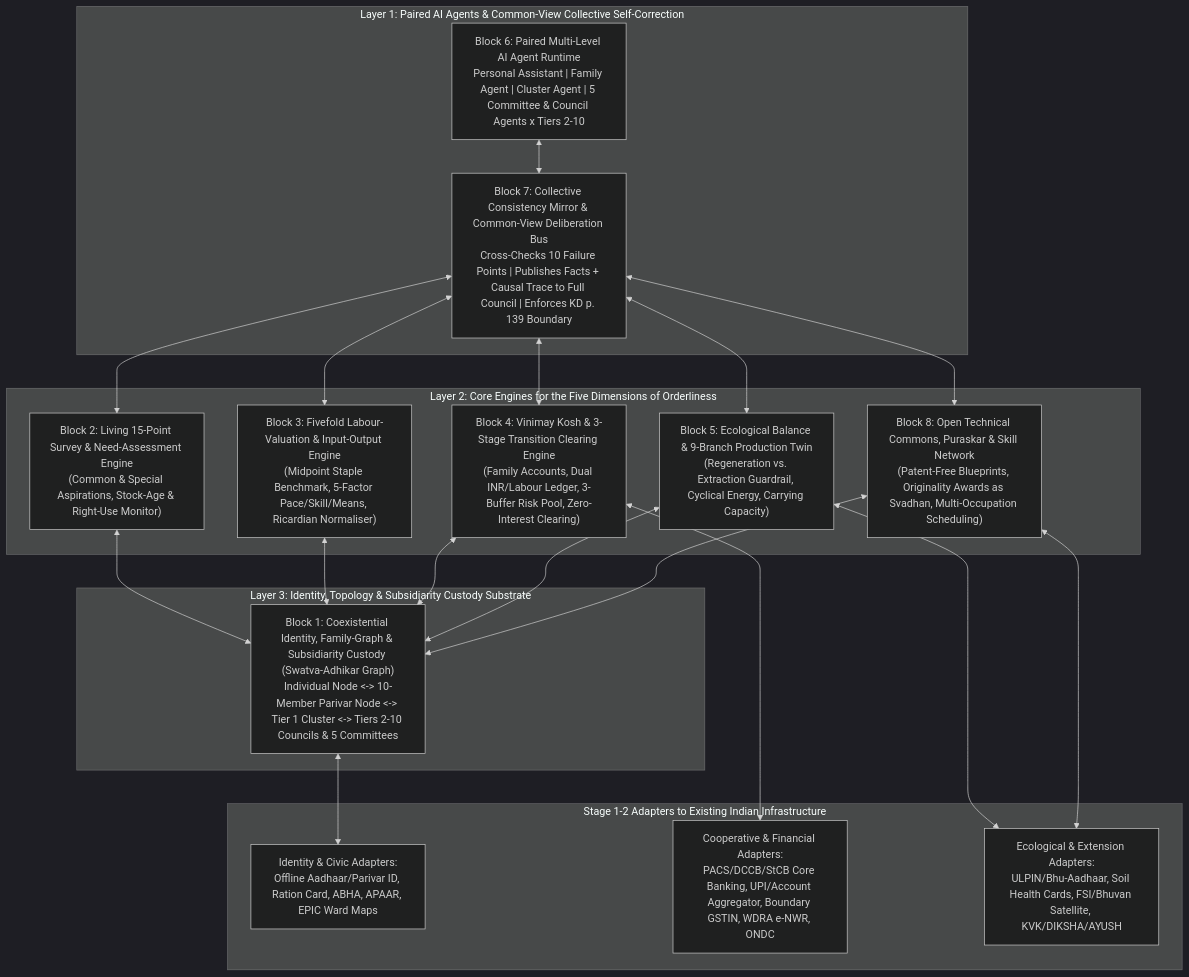
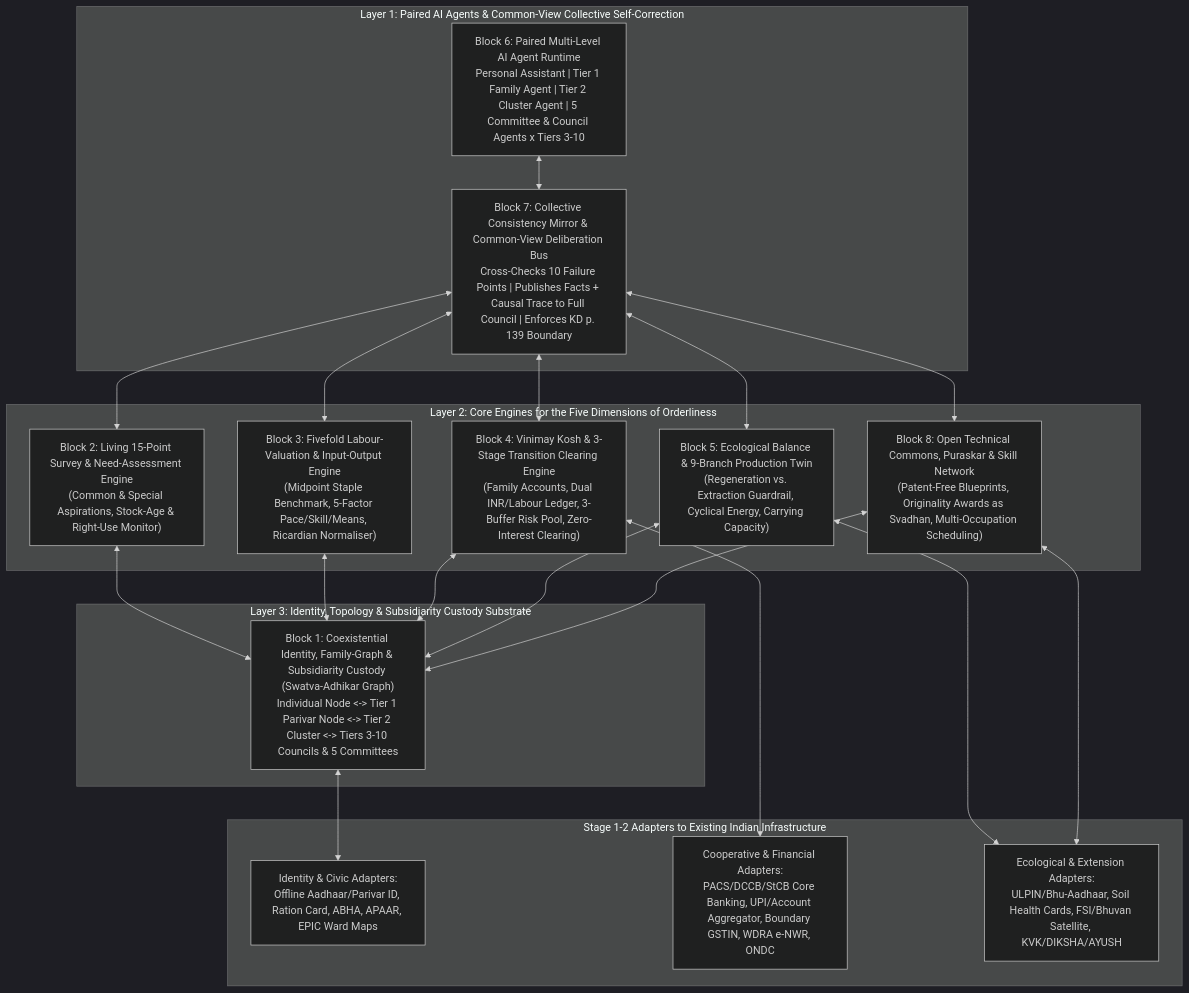
Before and after one commit to raghavamohan/AnalyticMadhyasthDarshan: the second of 5 diagrams in Studies/Prosperity-Economics-And-Right-Use/Technical-Note-Ten-Tier-Agentic-Infrastructure.md, drawn with Mermaid (dark theme). The commit also changed other lines of this file and 15 other files, not shown here.

````diff
--- a/Studies/Prosperity-Economics-And-Right-Use/Technical-Note-Ten-Tier-Agentic-Infrastructure.md
+++ b/Studies/Prosperity-Economics-And-Right-Use/Technical-Note-Ten-Tier-Agentic-Infrastructure.md
@@ -203,32 +202,32 @@
 ```mermaid
 flowchart TB
     subgraph Layer1["Layer 1: Paired AI Agents & Common-View Collective Self-Correction"]
-        B6["Block 6: Paired Multi-Level AI Agent Runtime\nPersonal Assistant | Family Agent | Cluster Agent | 5 Committee & Council Agents x Tiers 2-10"]
+        B6["Block 6: Paired Multi-Level AI Agent Runtime\nPersonal Assistant | Tier 1 Family Agent | Tier 2 Cluster Agent | 5 Committee & Council Agents x Tiers 3-10"]
         B7["Block 7: Collective Consistency Mirror & Common-View Deliberation Bus\nCross-Checks 10 Failure Points | Publishes Facts + Causal Trace to Full Council | Enforces KD p. 139 Boundary"]
     end
 
     subgraph Layer2["Layer 2: Core Engines for the Five Dimensions of Orderliness"]
         B2["Block 2: Living 15-Point Survey & Need-Assessment Engine\n(Common & Special Aspirations, Stock-Age & Right-Use Monitor)"]
         B3["Block 3: Fivefold Labour-Valuation & Input-Output Engine\n(Midpoint Staple Benchmark, 5-Factor Pace/Skill/Means, Ricardian Normaliser)"]
         B4["Block 4: Vinimay Kosh & 3-Stage Transition Clearing Engine\n(Family Accounts, Dual INR/Labour Ledger, 3-Buffer Risk Pool, Zero-Interest Clearing)"]
         B5["Block 5: Ecological Balance & 9-Branch Production Twin\n(Regeneration vs. Extraction Guardrail, Cyclical Energy, Carrying Capacity)"]
         B8["Block 8: Open Technical Commons, Puraskar & Skill Network\n(Patent-Free Blueprints, Originality Awards as Svadhan, Multi-Occupation Scheduling)"]
     end
 
     subgraph Layer3["Layer 3: Identity, Topology & Subsidiarity Custody Substrate"]
-        B1["Block 1: Coexistential Identity, Family-Graph & Subsidiarity Custody (Swatva-Adhikar Graph)\nIndividual Node <-> 10-Member Parivar Node <-> Tier 1 Cluster <-> Tiers 2-10 Councils & 5 Committees"]
+        B1["Block 1: Coexistential Identity, Family-Graph & Subsidiarity Custody (Swatva-Adhikar Graph)\nIndividual Node <-> Tier 1 Parivar Node <-> Tier 2 Cluster <-> Tiers 3-10 Councils & 5 Committees"]
     end
 
     subgraph IndiaBridge["Stage 1-2 Adapters to Existing Indian Infrastructure"]
         IB1["Identity & Civic Adapters:\nOffline Aadhaar/Parivar ID, Ration Card, ABHA, APAAR, EPIC Ward Maps"]
         IB2["Cooperative & Financial Adapters:\nPACS/DCCB/StCB Core Banking, UPI/Account Aggregator, Boundary GSTIN, WDRA e-NWR, ONDC"]
         IB3["Ecological & Extension Adapters:\nULPIN/Bhu-Aadhaar, Soil Health Cards, FSI/Bhuvan Satellite, KVK/DIKSHA/AYUSH"]
     end
 
     B6 <--> B7
     B7 <--> B2 & B3 & B4 & B5 & B8
     B2 & B3 & B4 & B5 & B8 <--> B1
     B1 <--> IB1
     B4 <--> IB2
     B5 & B8 <--> IB3
 ```
````
